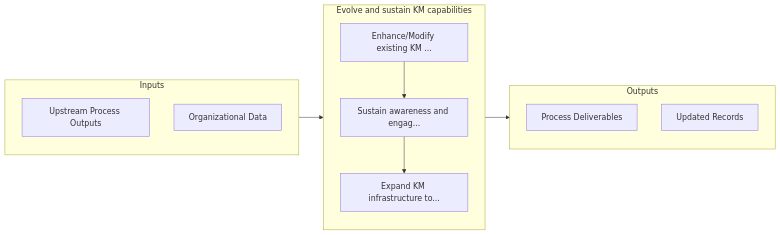
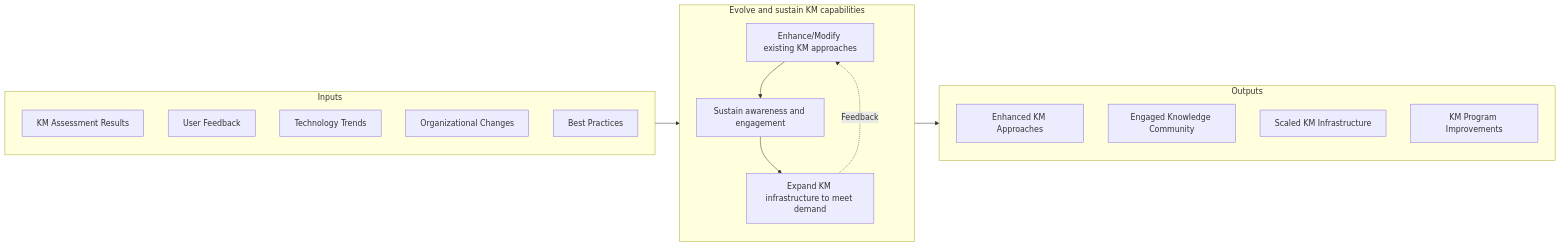
One commit to kziemski/business.org.ai changed the second of 2 diagrams in processes/13-Capabilities/13.5.4-EvolveSustainKMCapabilities/index.mdx. Above: the diagram before and after it, drawn with Mermaid. The commit also changed other lines of this file and 885 other files, not shown here.

````diff
--- a/processes/13-Capabilities/13.5.4-EvolveSustainKMCapabilities/index.mdx
+++ b/processes/13-Capabilities/13.5.4-EvolveSustainKMCapabilities/index.mdx
@@ -60,22 +65,28 @@
 ```mermaid
 flowchart LR
     subgraph Inputs["Inputs"]
-        I1["Upstream Process Outputs"]
-        I2["Organizational Data"]
+        I1["KM Assessment Results"]
+        I2["User Feedback"]
+        I3["Technology Trends"]
+        I4["Organizational Changes"]
+        I5["Best Practices"]
     end
 
     subgraph Process["Evolve and sustain KM capabilities"]
-        S1["Enhance/Modify existing KM ..."]
-        S2["Sustain awareness and engag..."]
-        S3["Expand KM infrastructure to..."]
+        S1["Enhance/Modify existing KM approaches"]
+        S2["Sustain awareness and engagement"]
+        S3["Expand KM infrastructure to meet demand"]
     end
 
     subgraph Outputs["Outputs"]
-        O1["Process Deliverables"]
-        O2["Updated Records"]
+        O1["Enhanced KM Approaches"]
+        O2["Engaged Knowledge Community"]
+        O3["Scaled KM Infrastructure"]
+        O4["KM Program Improvements"]
     end
 
     Inputs --> Process --> Outputs
     S1 --> S2
     S2 --> S3
+    S3 -.->|Feedback| S1
 ```
````
